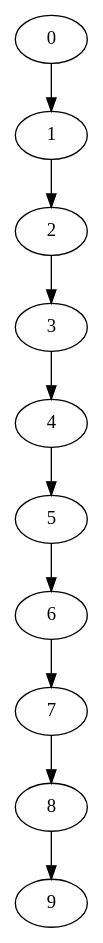
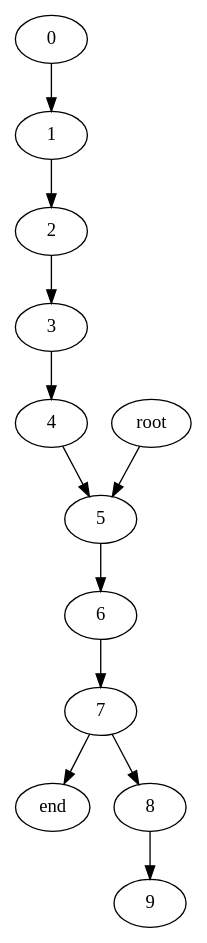
Before and after one commit to simgrid/simgrid: the diagram in examples/simdag/dot/dag.dot, drawn with Graphviz. The commit also changed 1 other file, not shown here.

Commit message:
DotLoader : Add the possibility to have some edge from root to a node from a node to end and to have some dependencies without transfers

```diff
--- a/examples/simdag/dot/dag.dot
+++ b/examples/simdag/dot/dag.dot
@@ -1,21 +1,24 @@
 digraph G {
+end [size="10000000129.452715"];
 0 [size="10000000129.452715"];
 1 [size="10000000131.133657"];
 2 [size="10000000121.12487"];
 3 [size="10000000230.608025"];
 4 [size="10000000004.994019"];
 5 [size="10000000046.016401"];
 6 [size="10000000091.598791"];
 7 [size="10000000040.679438"];
 8 [size="10000000250.490017"];
 9 [size="10000000079.267649"];
 0->1  [size="10001.389601075407"];
 1->2  [size="10004.164631264117"];
 2->3  [size="10001.781644976922"];
-3->4  [size="10005.191659731605"];
+3->4  [size="-1"];
 4->5  [size="10029.262823275711"];
-5->6  [size="10035.687920631362"];
+5->6  [size="0.0"];
 6->7  [size="10004.920415194067"];
 7->8  [size="10000.234048984707"];
-8->9  [size="10014.203269230178"];
+8->9  ;
+7->end  [size="10014000.0"];
+root->5  [size="10014000.0"];
 }
```
